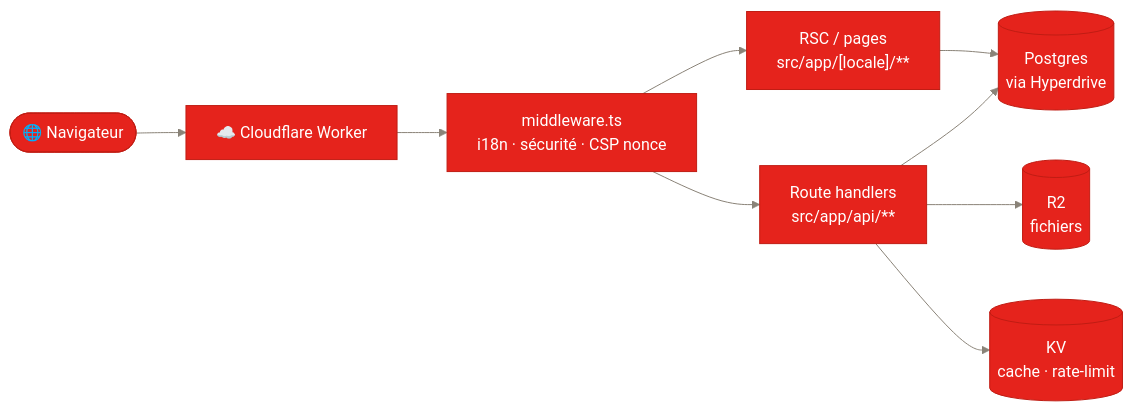
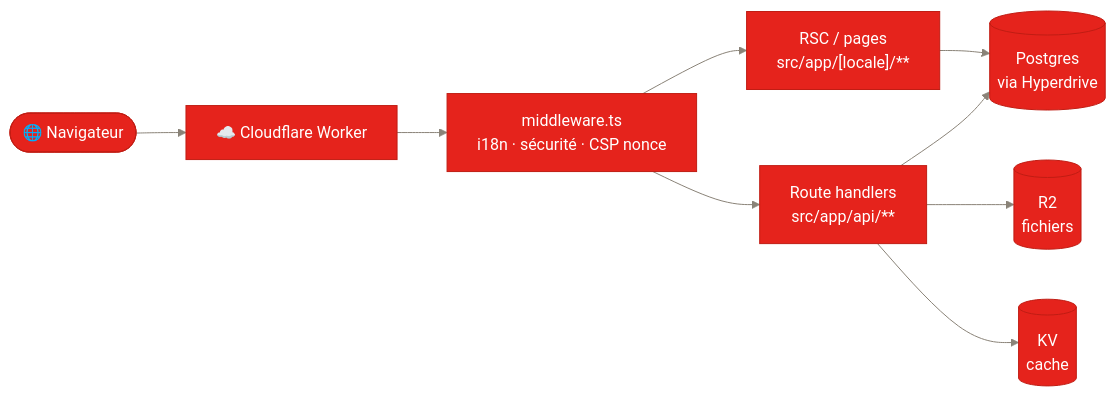
The first of 2 diagrams in README.md (Thomas-TP/Swiss3Design), drawn with Mermaid before and after one commit. The commit also changed other lines of this file and 42 other files, not shown here.

````diff
--- a/README.md
+++ b/README.md
@@ -57,12 +57,12 @@
 ```mermaid
 %%{init: {'theme':'base', 'themeVariables': {'primaryColor':'#E5231C','primaryTextColor':'#ffffff','primaryBorderColor':'#C01D14','lineColor':'#8a8378','secondaryColor':'#FAFAF9','secondaryTextColor':'#1A1614','tertiaryColor':'#FAFAF9','tertiaryTextColor':'#1A1614'}}}%%
 flowchart LR
     Browser(["🌐 Navigateur"]) --> Worker["☁️ Cloudflare Worker"]
     Worker --> MW["middleware.ts<br/>i18n · sécurité · CSP nonce"]
     MW --> App["RSC / pages<br/>src/app/[locale]/**"]
     MW --> API["Route handlers<br/>src/app/api/**"]
     App --> PG[("Postgres<br/>via Hyperdrive")]
     API --> PG
     API --> R2[("R2<br/>fichiers")]
-    API --> KV[("KV<br/>cache · rate-limit")]
+    API --> KV[("KV<br/>cache")]
 ```
````
